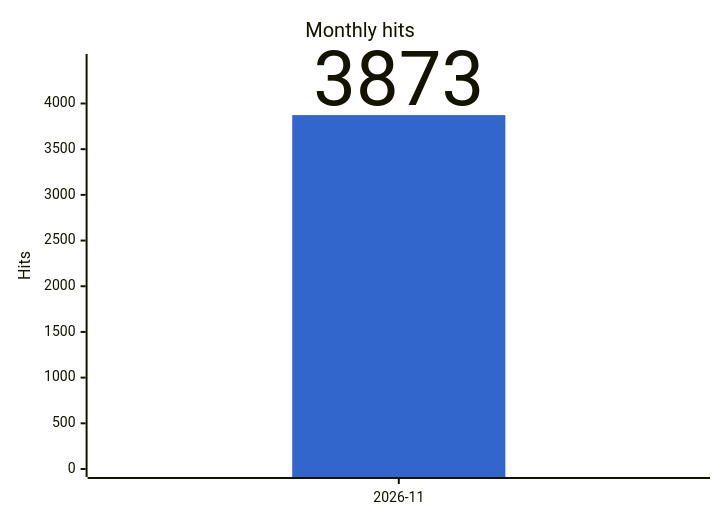
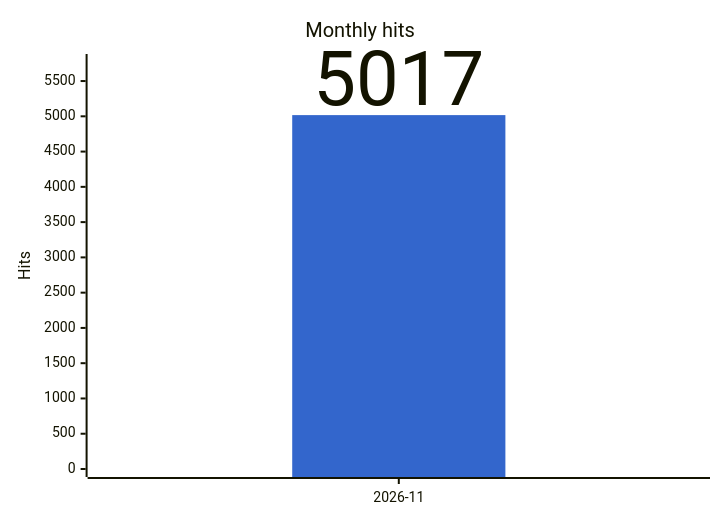
The third of 3 diagrams in docs/stats.md (gmoulard/wikipedia2book), drawn with Mermaid before and after one commit. The commit also changed other lines of this file and 2 other files, not shown here.

````diff
--- a/docs/stats.md
+++ b/docs/stats.md
@@ -39,8 +39,8 @@
 ```mermaid
 %%{init: {"xyChart": {"width": 700, "showDataLabel": true, "showDataLabelOutsideBar": true}, "themeVariables": {"xyChart": {"plotColorPalette": "#3366cc"}}}}%%
 xychart-beta
     title "Monthly hits"
     x-axis ["2026-11"]
-    y-axis "Hits" 0 --> 4454
-    bar [3873]
+    y-axis "Hits" 0 --> 5770
+    bar [5017]
 ```
````
